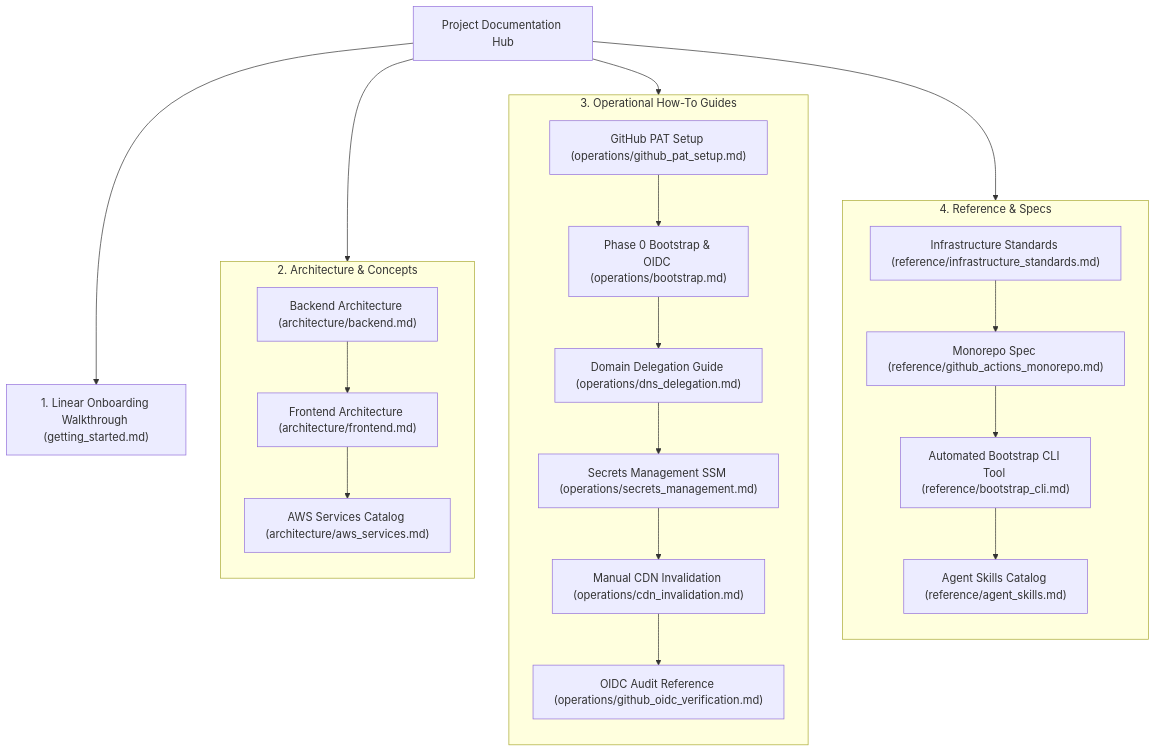
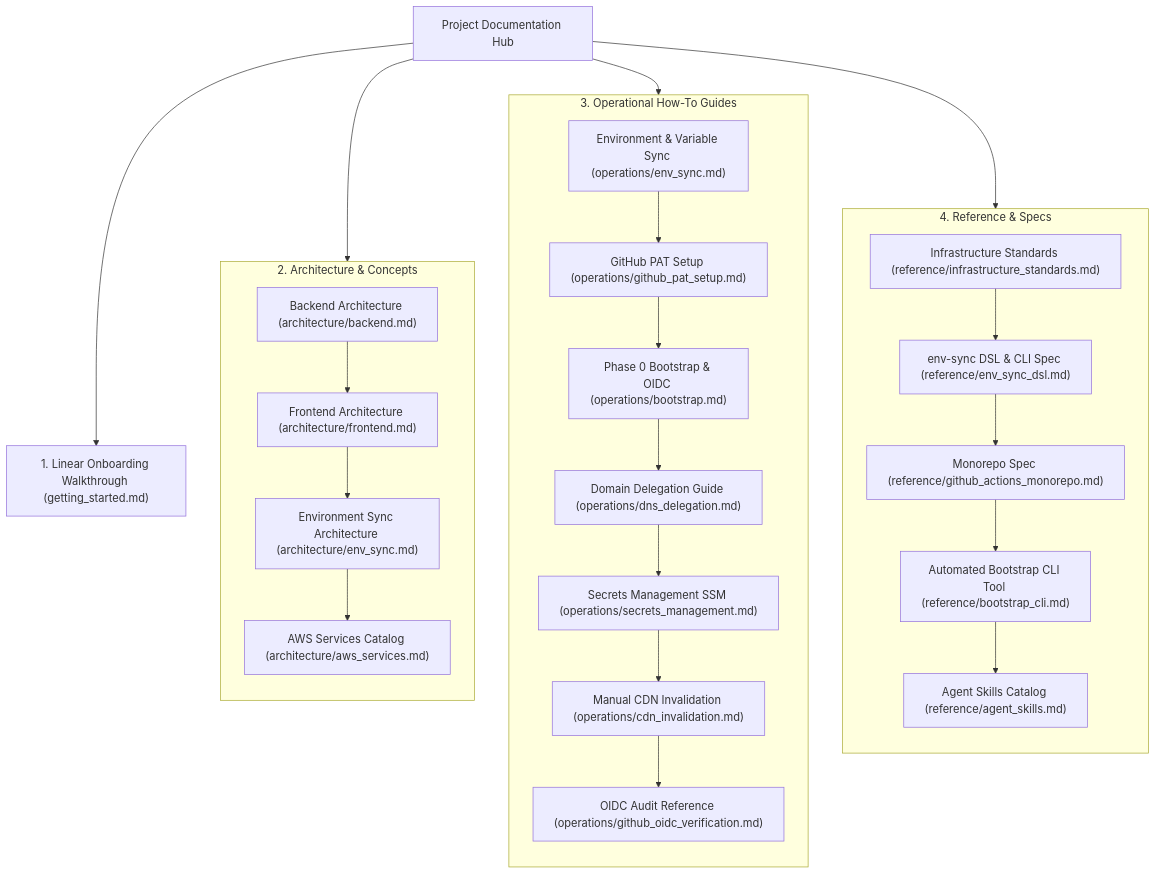
One commit to Beep1608/cleanmybelly changed the diagram in docs/README.md. Above: the diagram before and after it, drawn with Mermaid. The commit also changed other lines of this file and 8 other files, not shown here.

Commit message:
I've documented vars refactor en env-sync tool

````diff
--- a/docs/README.md
+++ b/docs/README.md
@@ -20,35 +23,38 @@
 ```mermaid
 graph TD
     Start[Project Documentation Hub] --> GS["1. Linear Onboarding Walkthrough (getting_started.md)"]
     Start --> Arch
     Start --> Ops
     Start --> Ref
 
     subgraph Arch [2. Architecture & Concepts]
         direction TB
         Arch_Back["Backend Architecture (architecture/backend.md)"]
         Arch_Front["Frontend Architecture (architecture/frontend.md)"]
+        Arch_Sync["Environment Sync Architecture (architecture/env_sync.md)"]
         Arch_AWS["AWS Services Catalog (architecture/aws_services.md)"]
-        Arch_Back --> Arch_Front --> Arch_AWS
+        Arch_Back --> Arch_Front --> Arch_Sync --> Arch_AWS
     end
 
     subgraph Ops [3. Operational How-To Guides]
         direction TB
+        Ops_Sync["Environment & Variable Sync (operations/env_sync.md)"]
         Ops_PAT["GitHub PAT Setup (operations/github_pat_setup.md)"]
         Ops_Boot["Phase 0 Bootstrap & OIDC (operations/bootstrap.md)"]
         Ops_DNS["Domain Delegation Guide (operations/dns_delegation.md)"]
         Ops_Sec["Secrets Management SSM (operations/secrets_management.md)"]
         Ops_CDN["Manual CDN Invalidation (operations/cdn_invalidation.md)"]
         Ops_OIDC["OIDC Audit Reference (operations/github_oidc_verification.md)"]
-        Ops_PAT --> Ops_Boot --> Ops_DNS --> Ops_Sec --> Ops_CDN --> Ops_OIDC
+        Ops_Sync --> Ops_PAT --> Ops_Boot --> Ops_DNS --> Ops_Sec --> Ops_CDN --> Ops_OIDC
     end
 
     subgraph Ref [4. Reference & Specs]
         direction TB
         Ref_Plan["Infrastructure Standards (reference/infrastructure_standards.md)"]
+        Ref_DSL["env-sync DSL & CLI Spec (reference/env_sync_dsl.md)"]
         Ref_Pipe["Monorepo Spec (reference/github_actions_monorepo.md)"]
         Ref_CLI["Automated Bootstrap CLI Tool (reference/bootstrap_cli.md)"]
         Ref_Skills["Agent Skills Catalog (reference/agent_skills.md)"]
-        Ref_Plan --> Ref_Pipe --> Ref_CLI --> Ref_Skills
+        Ref_Plan --> Ref_DSL --> Ref_Pipe --> Ref_CLI --> Ref_Skills
     end
 ```
````
